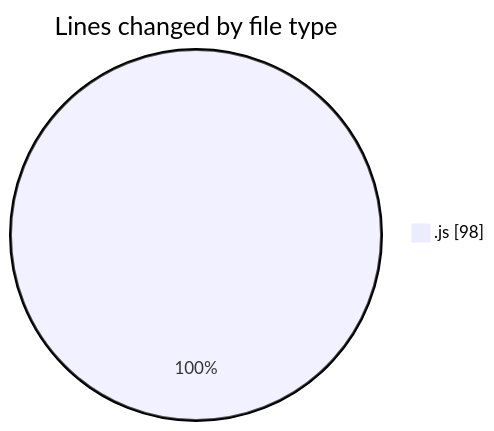
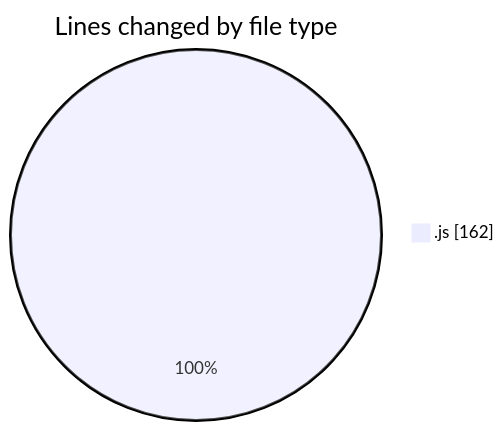
The first of 2 diagrams in 2025-07-20/mern-workoutboard/README.md (Ritupan-Deka/code-tracking), drawn with Mermaid before and after one commit. The commit also changed other lines of this file and 1 other file, not shown here.

````diff
--- a/2025-07-20/mern-workoutboard/README.md
+++ b/2025-07-20/mern-workoutboard/README.md
@@ -21,5 +21,5 @@
 ```mermaid
 pie showData
 title Lines changed by file type
-".js" : 98
+".js" : 162
 ```
````
